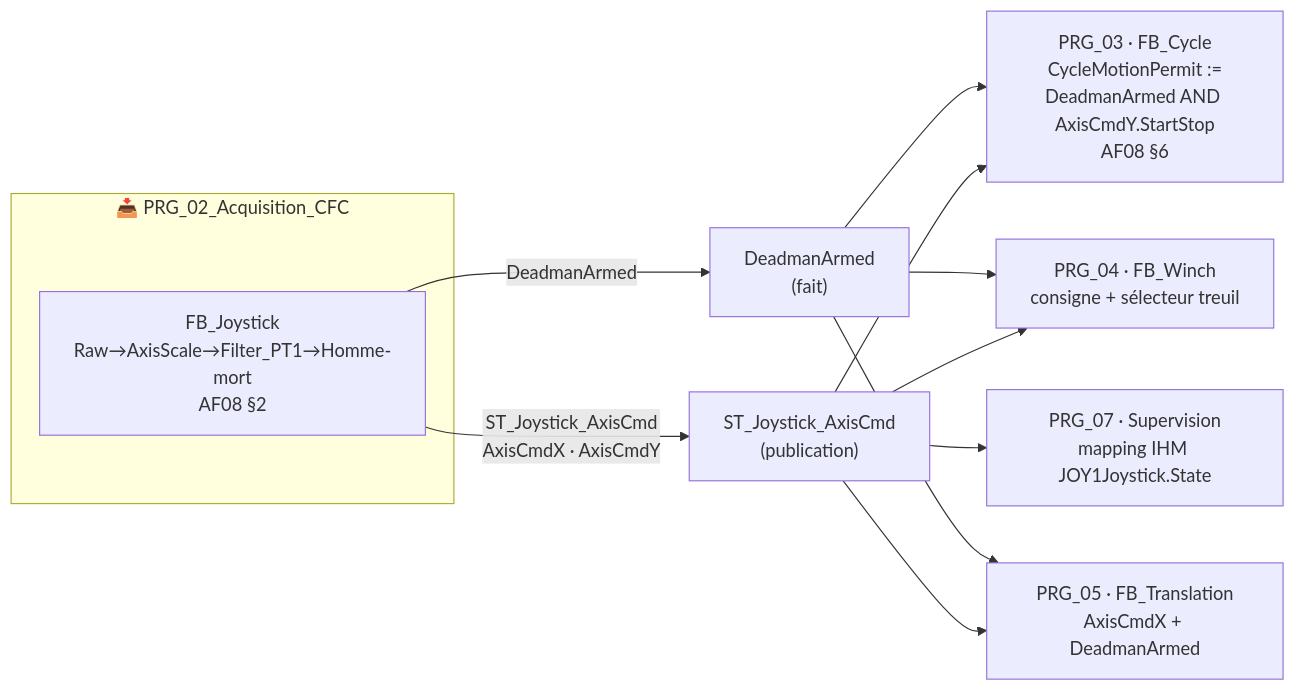
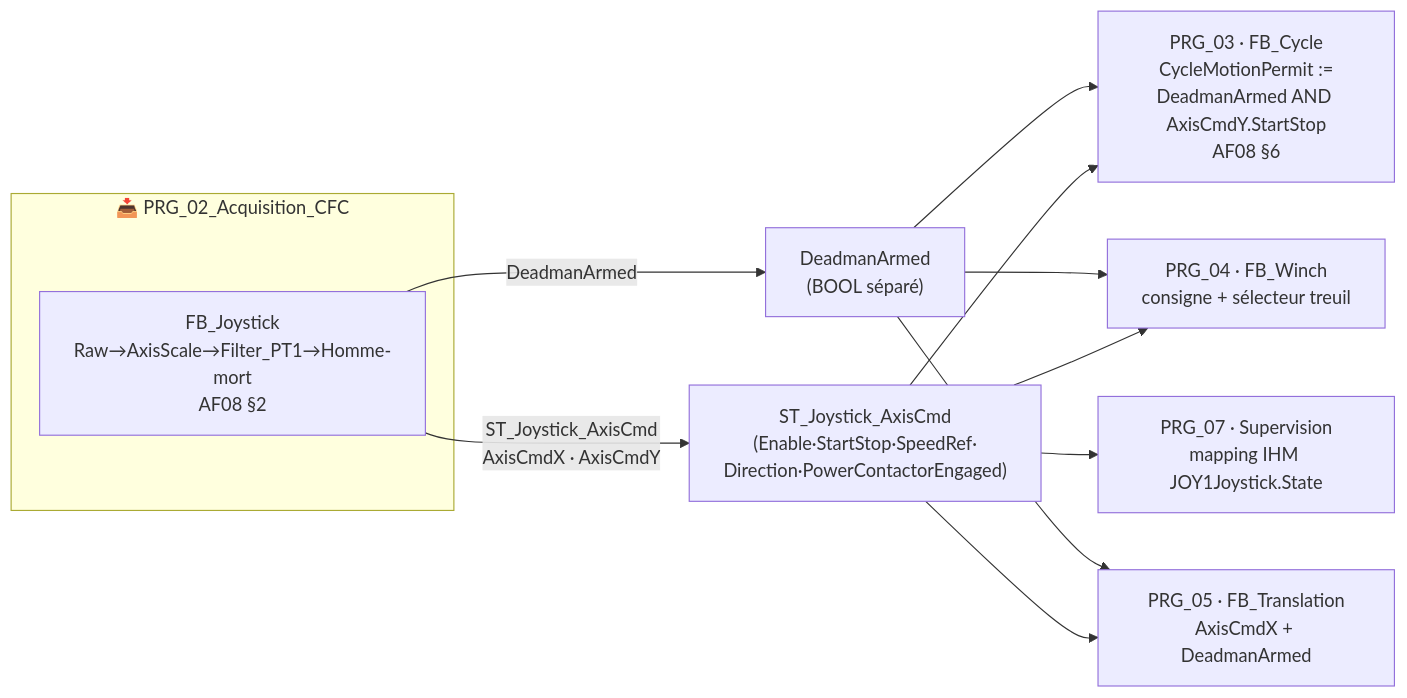
Before and after one commit to MatGros/2026_Projet_YGO_ExcavatriceDragage: the third of 7 diagrams in DOC/AUDITS/Architecture/DIAGRAMME_ARCHITECTURE_CFC_TARGET.md, drawn with Mermaid. The commit also changed other lines of this file, not shown here.

Commit message:
DOC: diagramme - precision responsables (SEL), DeadmanArmed hors DUT, ST_Diag_Device par device, etat AU via ST_HwMachine + sommaire DUT

````diff
--- a/DOC/AUDITS/Architecture/DIAGRAMME_ARCHITECTURE_CFC_TARGET.md
+++ b/DOC/AUDITS/Architecture/DIAGRAMME_ARCHITECTURE_CFC_TARGET.md
@@ -125,15 +126,15 @@
 ```mermaid
 flowchart LR
     subgraph ACQ["📥 PRG_02_Acquisition_CFC"]
         JOY["FB_Joystick<br/>Raw→AxisScale→Filter_PT1→Homme-mort<br/>AF08 §2"]
     end
-    JOY -->|"ST_Joystick_AxisCmd<br/>AxisCmdX · AxisCmdY"| AX["ST_Joystick_AxisCmd<br/>(publication)"]
-    JOY -->|DeadmanArmed| DA["DeadmanArmed<br/>(fait)"]
+    JOY -->|"ST_Joystick_AxisCmd<br/>AxisCmdX · AxisCmdY"| AX["ST_Joystick_AxisCmd<br/>(Enable·StartStop·SpeedRef·<br/>Direction·PowerContactorEngaged)"]
+    JOY -->|DeadmanArmed| DA["DeadmanArmed<br/>(BOOL séparé)"]
     AX --> M3["PRG_03 · FB_Cycle<br/>CycleMotionPermit :=<br/>DeadmanArmed AND AxisCmdY.StartStop<br/>AF08 §6"]
     AX --> TR["PRG_04 · FB_Winch<br/>consigne + sélecteur treuil"]
     AX --> TL["PRG_05 · FB_Translation<br/>AxisCmdX + DeadmanArmed"]
     DA --> M3
     DA --> TR
     DA --> TL
     AX --> SUP["PRG_07 · Supervision<br/>mapping IHM JOY1Joystick.State"]
 ```
````
